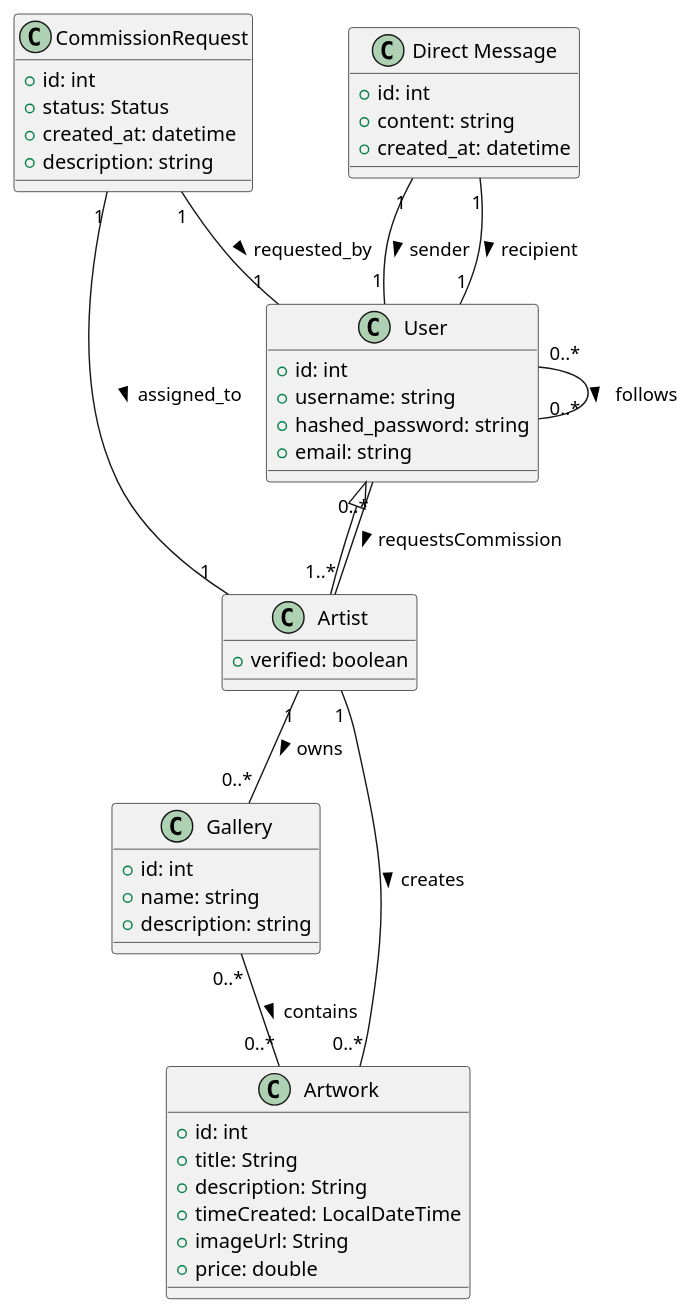
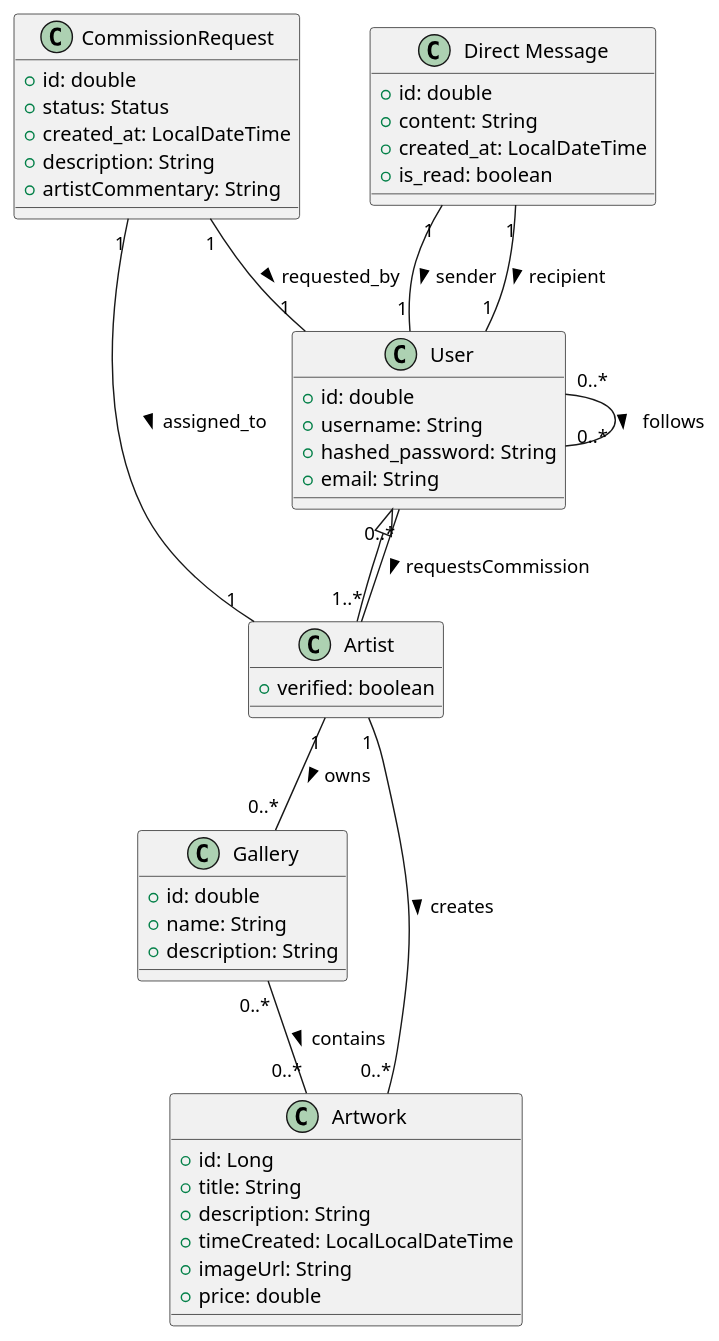
Before and after one commit to Neroil/copla: the diagram in coplaDbSchematic.puml, drawn with PlantUML. The commit also changed 33 other files, not shown here.

```diff
--- a/coplaDbSchematic.puml
+++ b/coplaDbSchematic.puml
@@ -1,53 +1,55 @@
 @startuml
 
 class "Artist" as A {
     +verified: boolean
 }
 
 class "CommissionRequest" as CR {
-    +id: int
+    +id: double
     +status: Status
-    +created_at: datetime
-    +description: string
+    +created_at: LocalDateTime
+    +description: String
+    +artistCommentary: String
 }
 
 class "Direct Message" as DM {
-    +id: int
-    +content: string
-    +created_at: datetime
+    +id: double
+    +content: String
+    +created_at: LocalDateTime
+    +is_read: boolean
 }
 
 class "User" as U {
-    +id: int
-    +username: string
-    +hashed_password: string
-    +email: string
+    +id: double
+    +username: String
+    +hashed_password: String
+    +email: String
 }
 
 class "Gallery" as G {
-    +id: int
-    +name: string
-    +description: string
+    +id: double
+    +name: String
+    +description: String
 }
 
 class "Artwork" as W {
-    +id: int
+    +id: Long
     +title: String
     +description: String
-    +timeCreated: LocalDateTime
+    +timeCreated: LocalLocalDateTime
     +imageUrl: String
     +price: double
 }
 
 ' Relationships
 A "1" -- "0..*" G : owns >
 U ^-- A
 U "0..*" -- "0..*" U : follows >
 U "0..*" -- "1..*" A  : requestsCommission >
 CR "1" -- "1" U : requested_by >
 CR "1" -- "1" A : assigned_to >
 DM "1" -- "1" U : sender >
 DM "1" -- "1" U : recipient >
 G "0..*" -- "0..*" W : contains >
 A "1" -- "0..*" W : creates >
 @enduml
```
